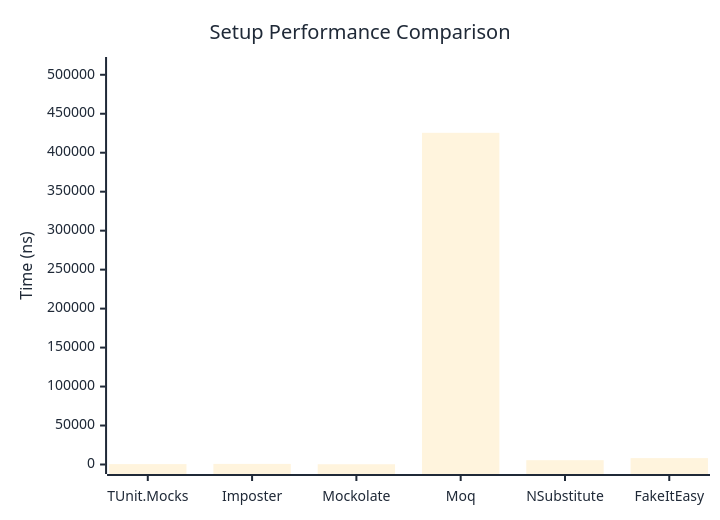
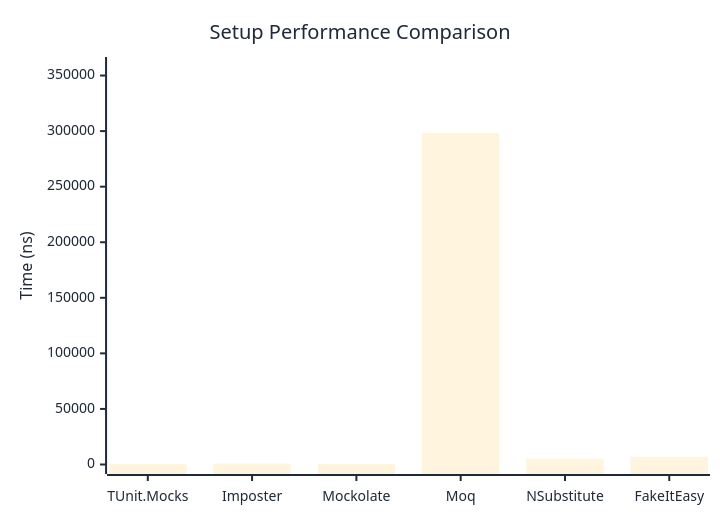
Before and after one commit to thomhurst/TUnit: the first of 2 diagrams in docs/docs/benchmarks/mocks/Setup.md, drawn with Mermaid. The commit also changed other lines of this file and 14 other files, not shown here.

````diff
--- a/docs/docs/benchmarks/mocks/Setup.md
+++ b/docs/docs/benchmarks/mocks/Setup.md
@@ -28,27 +28,27 @@
 ```mermaid
 %%{init: {
   'theme':'base',
   'themeVariables': {
     'primaryColor': '#2563eb',
     'primaryTextColor': '#1f2937',
     'primaryBorderColor': '#1e40af',
     'lineColor': '#6b7280',
     'secondaryColor': '#7c3aed',
     'tertiaryColor': '#dc2626',
     'background': '#ffffff',
     'pie1': '#2563eb',
     'pie2': '#7c3aed',
     'pie3': '#dc2626',
     'pie4': '#f59e0b',
     'pie5': '#10b981',
     'pie6': '#06b6d4',
     'pie7': '#ec4899',
     'pie8': '#6366f1'
   }
 }}%%
 xychart-beta
   title "Setup Performance Comparison"
   x-axis ["TUnit.Mocks", "Imposter", "Mockolate", "Moq", "NSubstitute", "FakeItEasy"]
-  y-axis "Time (ns)" 0 --> 510614
-  bar [505.5, 766.9, 322.4, 425511.3, 5529.3, 8191.7]
+  y-axis "Time (ns)" 0 --> 358137
+  bar [540.2, 757.1, 359.1, 298446.7, 5228.7, 7010.2]
 ```
````
